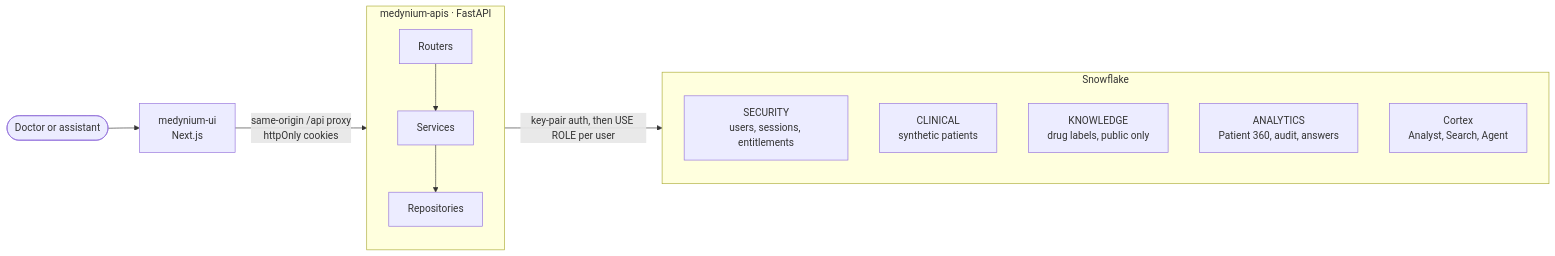
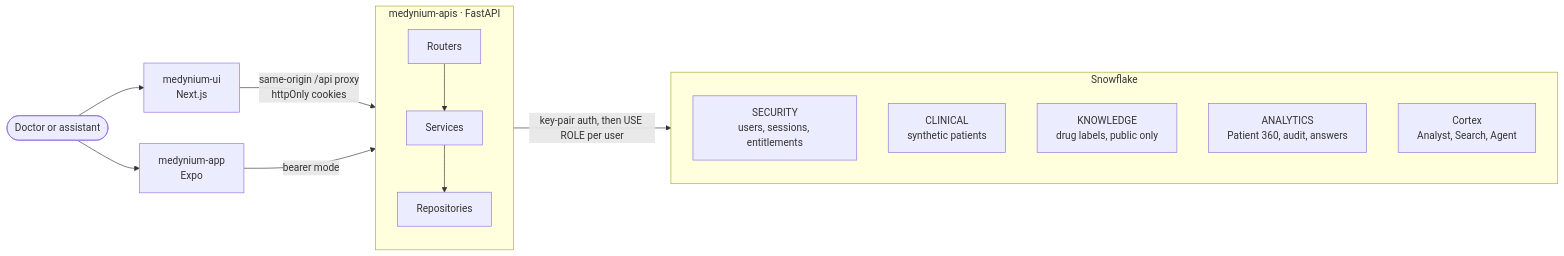
The first of 4 diagrams in README.md (noobCoderVP/medynium-apis), drawn with Mermaid before and after one commit. The commit also changed other lines of this file and 1 other file, not shown here.

Commit message:
docs: rewrite README with architecture, features, impact and media guide

````diff
--- a/README.md
+++ b/README.md
@@ -23,18 +100,20 @@
 ```mermaid
 flowchart LR
   Doc([Doctor or assistant]) --> UI[medynium-ui<br/>Next.js]
+  Doc --> App[medynium-app<br/>Expo]
   UI -->|same-origin /api proxy<br/>httpOnly cookies| API
+  App -->|bearer mode| API
   subgraph API [medynium-apis · FastAPI]
     direction TB
     R[Routers] --> S[Services] --> Rep[Repositories]
   end
   Rep -->|key-pair auth, then USE ROLE per user| SF
   subgraph SF [Snowflake]
     direction TB
     SEC[SECURITY<br/>users, sessions, entitlements]
     CLIN[CLINICAL<br/>synthetic patients]
     KNOW[KNOWLEDGE<br/>drug labels, public only]
     ANA[ANALYTICS<br/>Patient 360, audit, answers]
     CX[Cortex<br/>Analyst, Search, Agent]
   end
 ```
````
